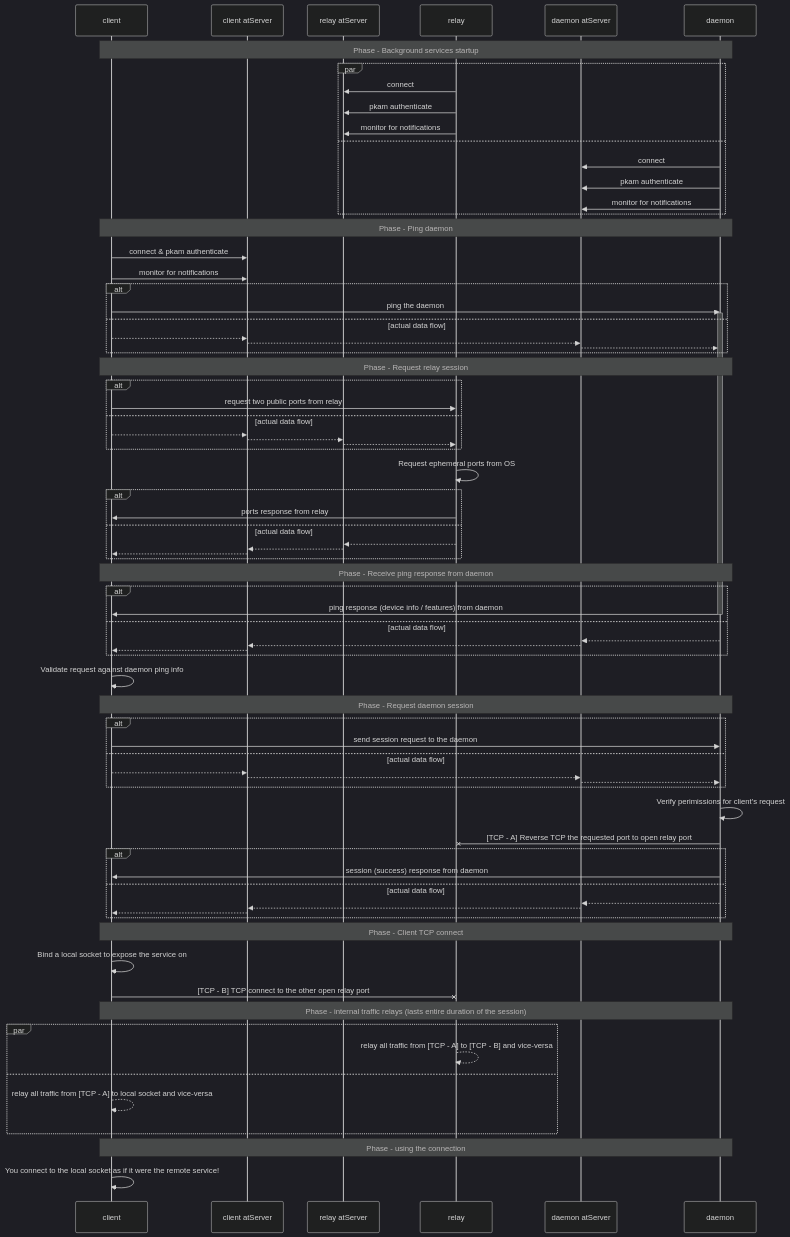
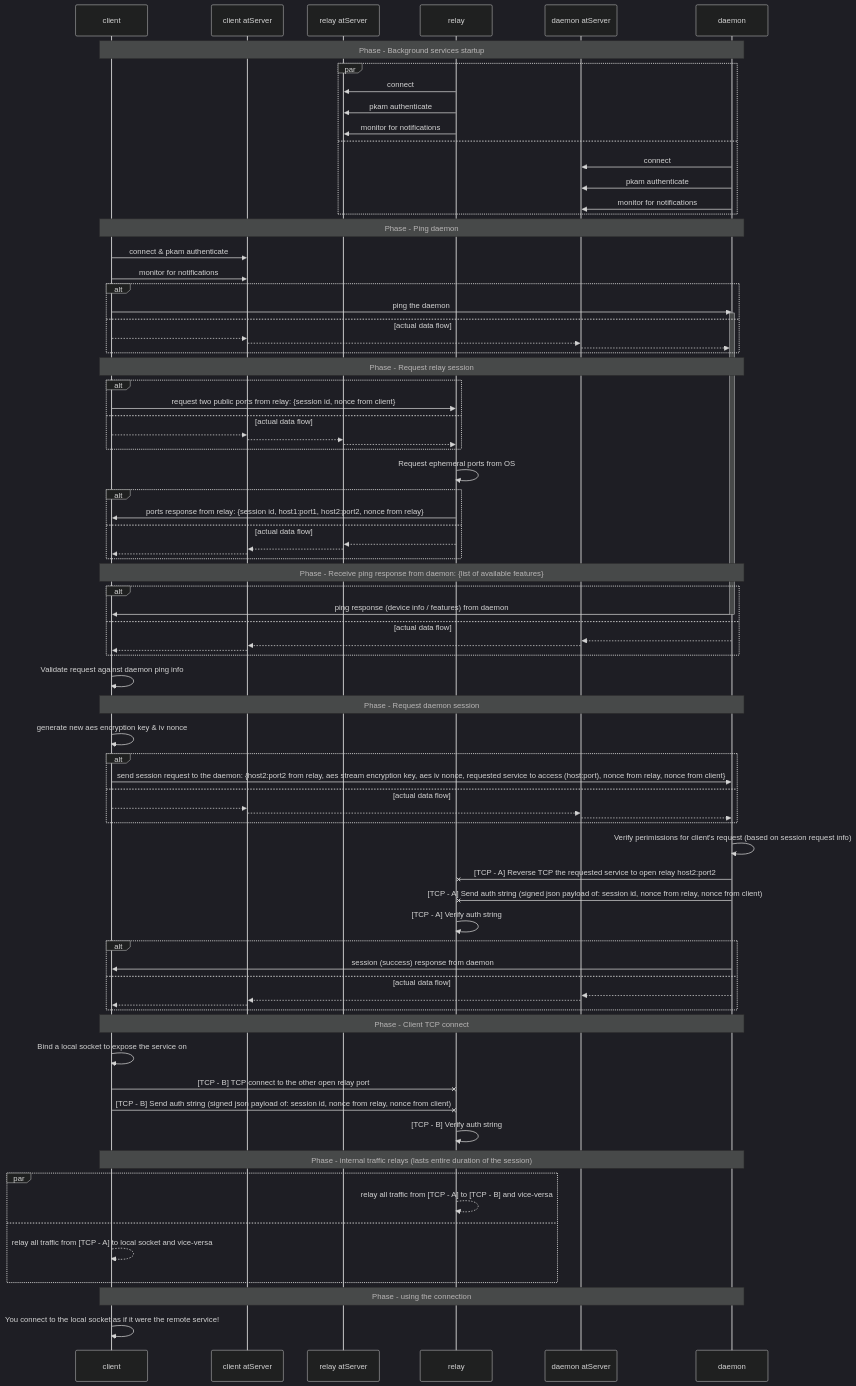
Before and after one commit to atsign-foundation/noports: the diagram in docs/developer-notes/sequence-diagram.md, drawn with Mermaid (dark theme).

Commit message:
docs(GITBOOK#100): No subject

```diff
--- a/docs/developer-notes/sequence-diagram.md
+++ b/docs/developer-notes/sequence-diagram.md
@@ -42,7 +42,7 @@
 
     note over c,d: Phase - Request relay session
     alt
-        c ->> r: request two public ports from relay
+        c ->> r: request two public ports from relay: {session id, nonce from client}
     else actual data flow
         c -->> cs: 
         cs -->> rs: 
@@ -50,14 +50,14 @@
     end
     r ->> r: Request ephemeral ports from OS
     alt
-        r ->> c: ports response from relay
+        r ->> c: ports response from relay: {session id, host1:port1, host2:port2, nonce from relay}
     else actual data flow
         r -->> rs: 
         rs -->> cs: 
         cs -->> c: 
     end
 
-    note over c,d: Phase - Receive ping response from daemon
+    note over c,d: Phase - Receive ping response from daemon: {list of available features}
     alt
         d ->> c: ping response (device info / features) from daemon
         deactivate d
@@ -69,15 +69,18 @@
     c ->> c: Validate request against daemon ping info
 
     note over c,d: Phase - Request daemon session
+    c ->> c: generate new aes encryption key & iv nonce
     alt
-        c ->> d: send session request to the daemon
+        c ->> d: send session request to the daemon: {host2:port2 from relay, aes stream encryption key, aes iv nonce, requested service to access (host:port), nonce from relay, nonce from client}
     else actual data flow
         c -->> cs: 
         cs -->> ds: 
         ds -->> d: 
     end
-    d ->> d: Verify perimissions for client's request
-    d -x r: [TCP - A] Reverse TCP the requested port to open relay port
+    d ->> d: Verify perimissions for client's request (based on session request info)
+    d -x r: [TCP - A] Reverse TCP the requested service to open relay host2:port2
+    d -x r: [TCP - A] Send auth string (signed json payload of: session id, nonce from relay,  nonce from client)
+    r ->> r: [TCP - A] Verify auth string
     alt 
         d ->> c: session (success) response from daemon
     else actual data flow
@@ -88,7 +91,8 @@
     note over c,d: Phase - Client TCP connect
     c ->> c: Bind a local socket to expose the service on
     c -x r: [TCP - B] TCP connect to the other open relay port
-
+    c -x r: [TCP - B] Send auth string (signed json payload of: session id, nonce from relay,  nonce from client)
+    r ->> r: [TCP - B] Verify auth string
     note over c,d: Phase - internal traffic relays (lasts  entire duration of the session)
     par
         r -->> r: relay all traffic from [TCP - A] to [TCP - B] and vice-versa
```
